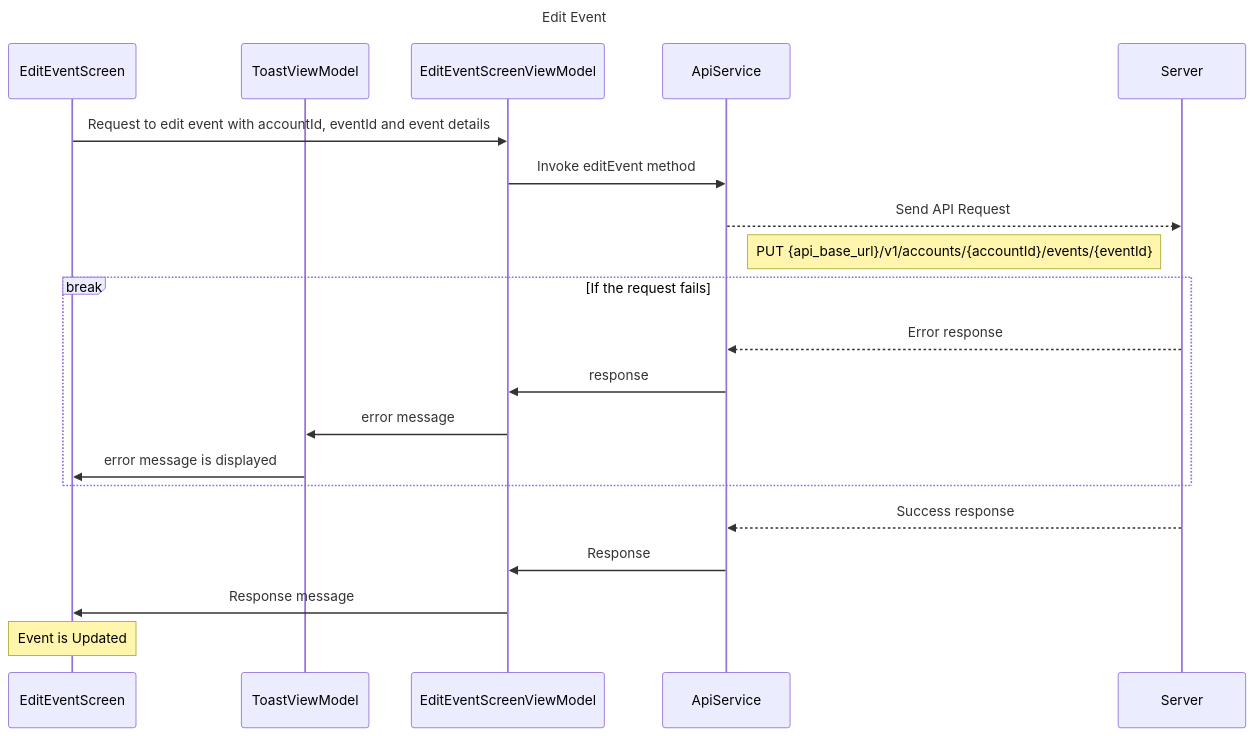
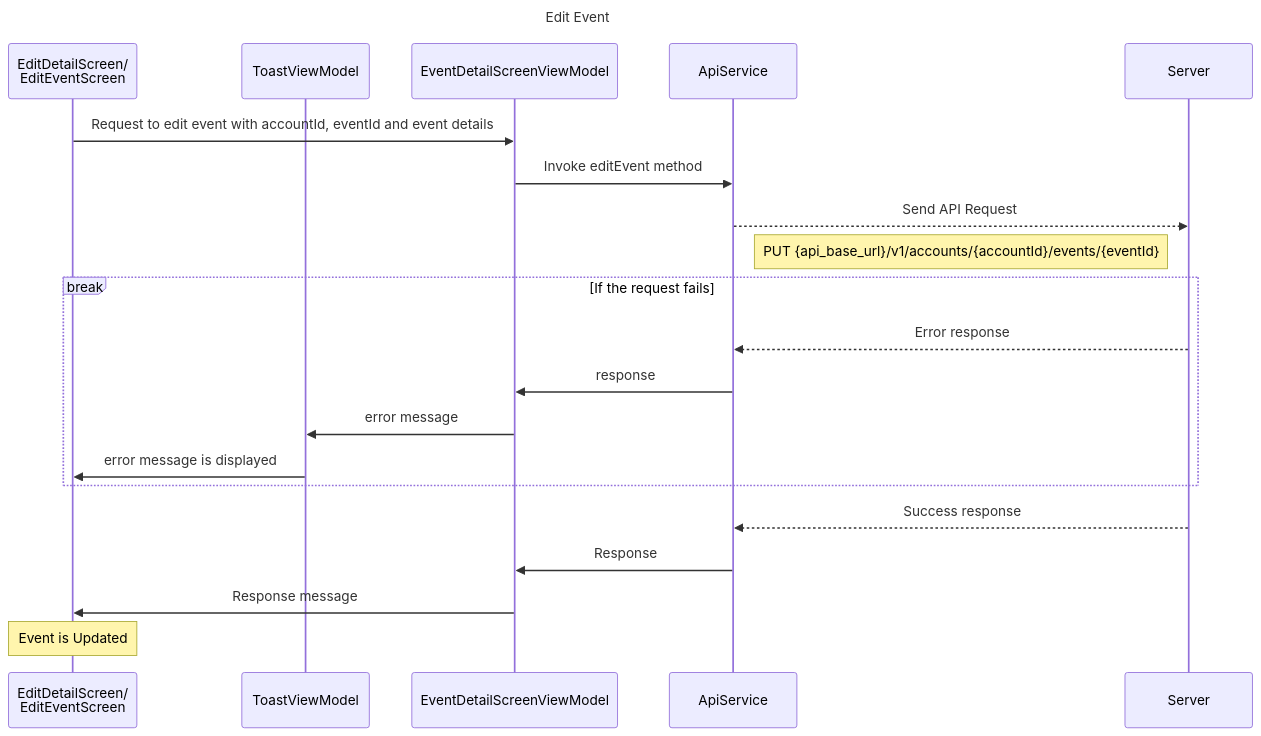
Before and after one commit to TrueSparrowSystems/AI-SalesSparrow-Docs: the diagram in flowDiagrams/IOS/EditEvent.mermaid, drawn with Mermaid. The commit also changed 2 other files, not shown here.

Commit message:
Updated edit event, note and task flow for iOS

```diff
--- a/flowDiagrams/IOS/EditEvent.mermaid
+++ b/flowDiagrams/IOS/EditEvent.mermaid
@@ -1,25 +1,25 @@
 sequenceDiagram
     title Edit Event
 
-    participant EES as EditEventScreen
+    participant EDS as EditDetailScreen/<br>EditEventScreen
     participant TVM as ToastViewModel
-    participant EEVM as EditEventScreenViewModel
+    participant EDSVM as EventDetailScreenViewModel
     participant AS as ApiService
     participant S as Server
 
-    EES->>EEVM: Request to edit event with accountId, eventId and event details
-    EEVM->>AS: Invoke editEvent method
+    EDS->>EDSVM: Request to edit event with accountId, eventId and event details
+    EDSVM->>AS: Invoke editEvent method
     AS-->>S: Send API Request
     note right of AS: PUT {api_base_url}/v1/accounts/{accountId}/events/{eventId}
 
     break If the request fails
         S-->>AS: Error response
-        AS->>EEVM: response
-        EEVM->>TVM: error message
-        TVM->>EES: error message is displayed
+        AS->>EDSVM: response
+        EDSVM->>TVM: error message
+        TVM->>EDS: error message is displayed
     end
 
     S-->>AS: Success response
-    AS->>EEVM: Response
-    EEVM->>EES: Response message
-    note over EES: Event is Updated
+    AS->>EDSVM: Response
+    EDSVM->>EDS: Response message
+    note over EDS: Event is Updated
```
